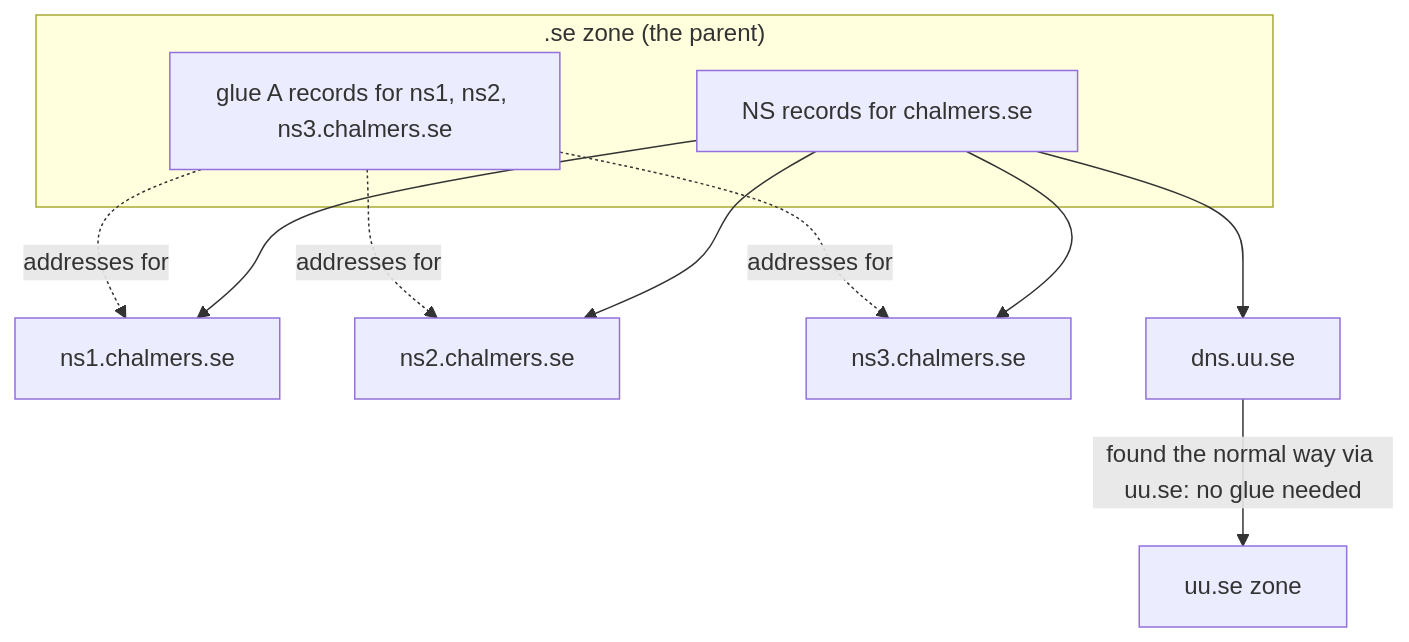
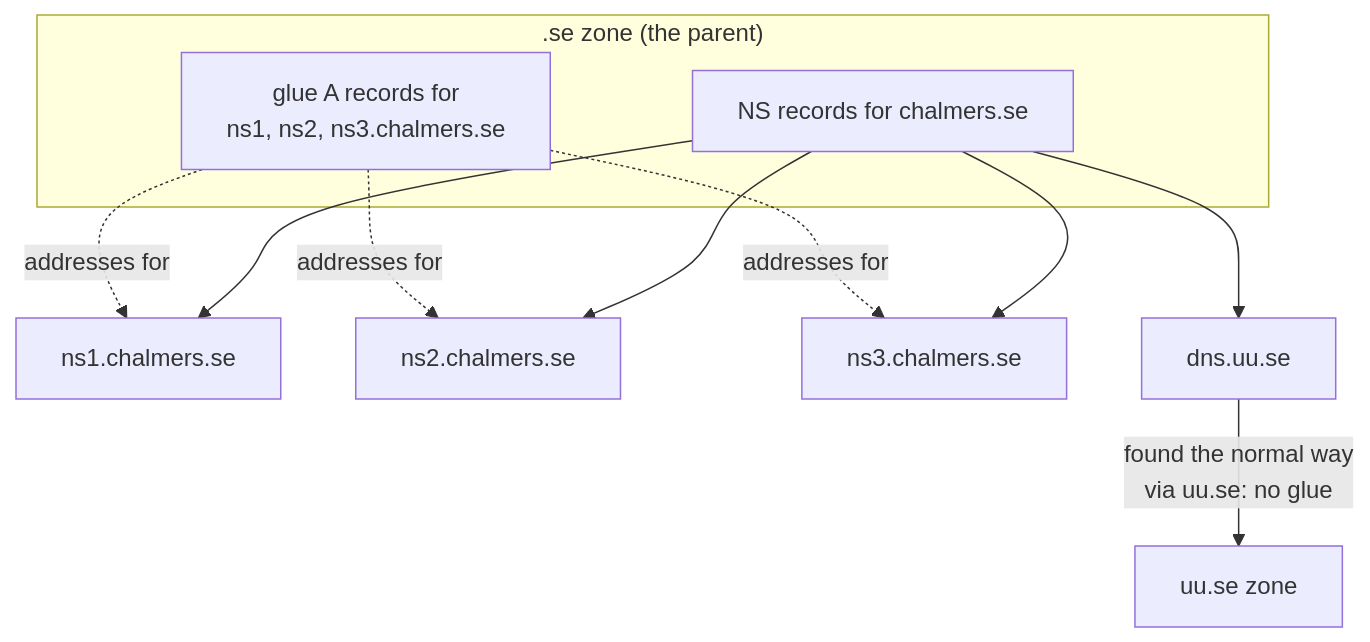
One commit to FahimMashroor/Chalmers_CSC changed diagram 12 of 41 in EDA387-Computer-Networks/02-DNS.md. Above: the diagram before and after it, drawn with Mermaid. The commit also changed other lines of this file, not shown here.

Commit message:
Rewrite 02 DNS in simple language with examples and diagrams

````diff
--- a/EDA387-Computer-Networks/02-DNS.md
+++ b/EDA387-Computer-Networks/02-DNS.md
@@ -425,15 +587,15 @@
 ```mermaid
 flowchart TD
   subgraph sezone[".se zone (the parent)"]
     ns["NS records for chalmers.se"]
-    glue["glue A records for ns1, ns2, ns3.chalmers.se"]
+    glue["glue A records for<br/>ns1, ns2, ns3.chalmers.se"]
   end
   ns --> n1["ns1.chalmers.se"]
   ns --> n2["ns2.chalmers.se"]
   ns --> n3["ns3.chalmers.se"]
   ns --> uu["dns.uu.se"]
   glue -.->|"addresses for"| n1
   glue -.->|"addresses for"| n2
   glue -.->|"addresses for"| n3
-  uu -->|"found the normal way via uu.se: no glue needed"| uuz["uu.se zone"]
+  uu -->|"found the normal way<br/>via uu.se: no glue"| uuz["uu.se zone"]
 ```
````
